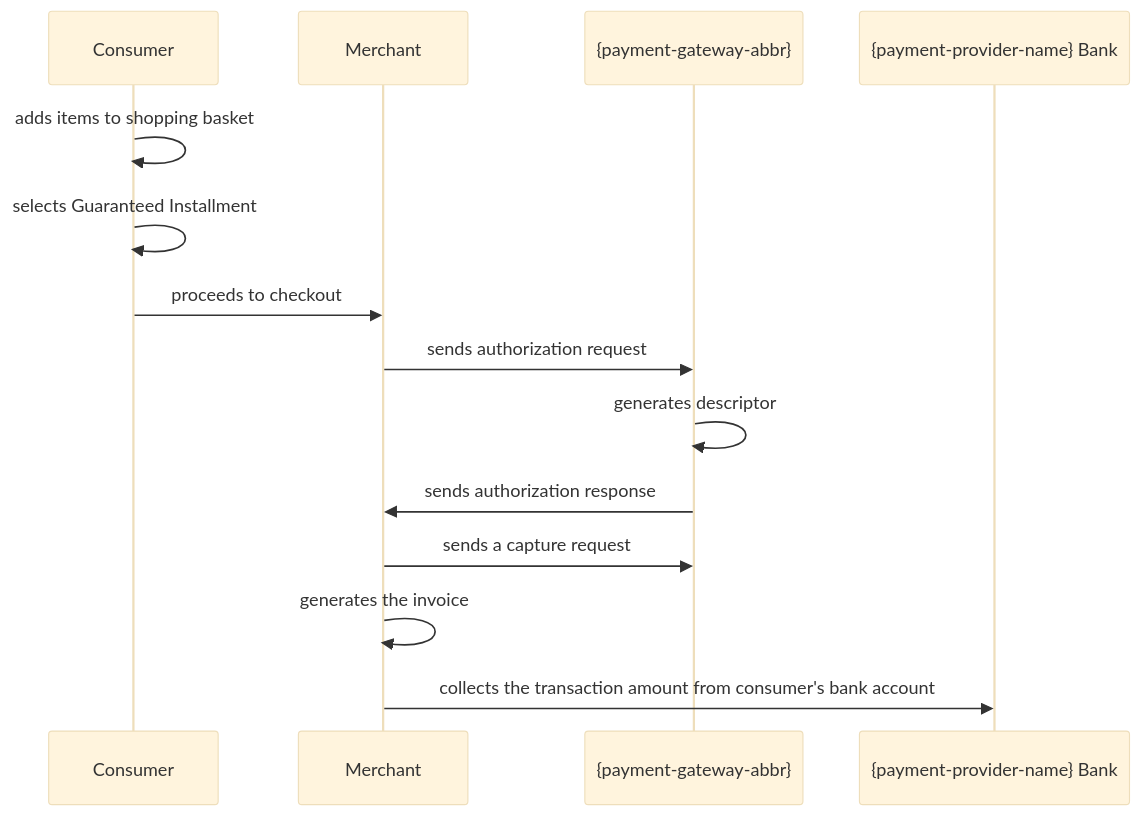
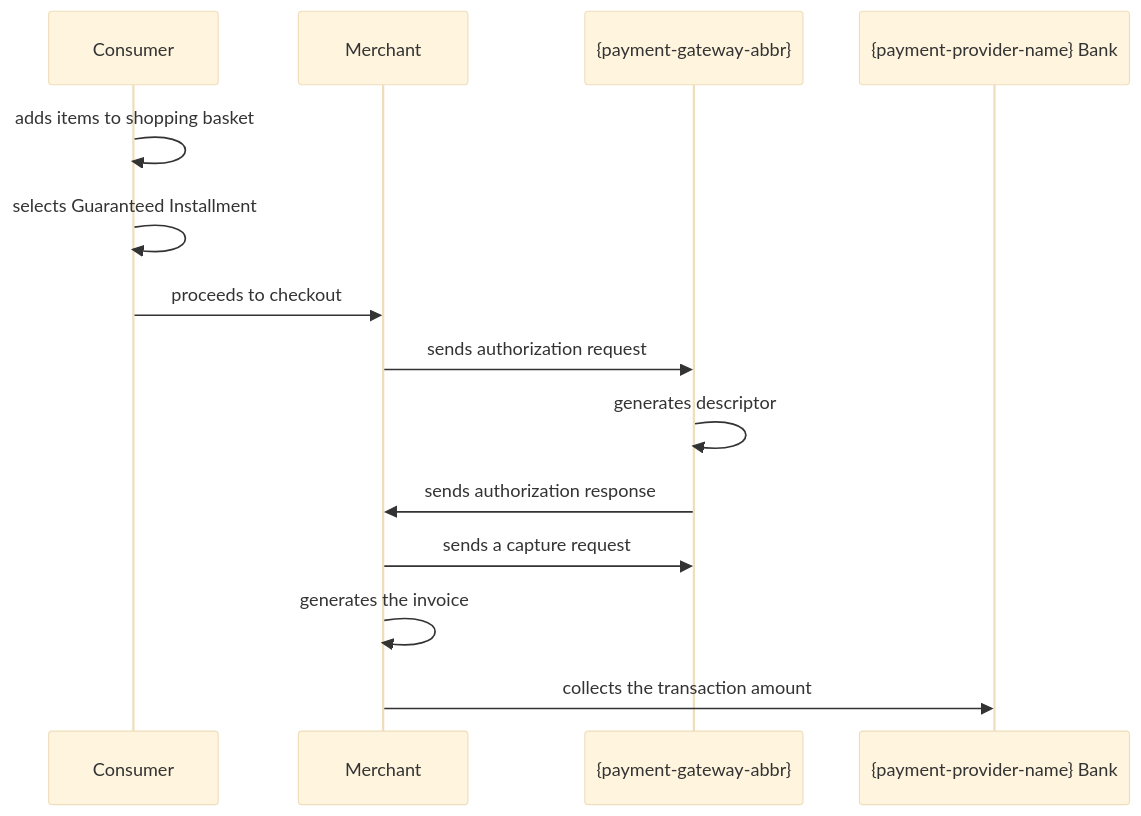
Before and after one commit to wirecard/merchant-documentation-gateway: the diagram in 11-48-guaranteed-installment.adoc, drawn with Mermaid (base theme). The commit also changed other lines of this file and 1 other file, not shown here.

```diff
--- a/11-48-guaranteed-installment.adoc
+++ b/11-48-guaranteed-installment.adoc
@@ -140,17 +134,17 @@
 [mermaid, GuaranteedInstallment_workflow,svg,subs=attributes+]
 ----
 sequenceDiagram
     participant Consumer
     participant Merchant
     participant {payment-gateway-abbr}
     participant {payment-provider-name} Bank
 Consumer->>Consumer: adds items to shopping basket
 Consumer->>Consumer: selects Guaranteed Installment
 Consumer->>Merchant: proceeds to checkout
 Merchant->>{payment-gateway-abbr}: sends authorization request
 {payment-gateway-abbr}->>{payment-gateway-abbr}: generates descriptor
 {payment-gateway-abbr}->>Merchant: sends authorization response
 Merchant->>{payment-gateway-abbr}: sends a capture request
 Merchant->>Merchant: generates the invoice
-Merchant->>{payment-provider-name} Bank: collects the transaction amount from consumer's bank account
+Merchant->>{payment-provider-name} Bank: collects the transaction amount
 ----
```
